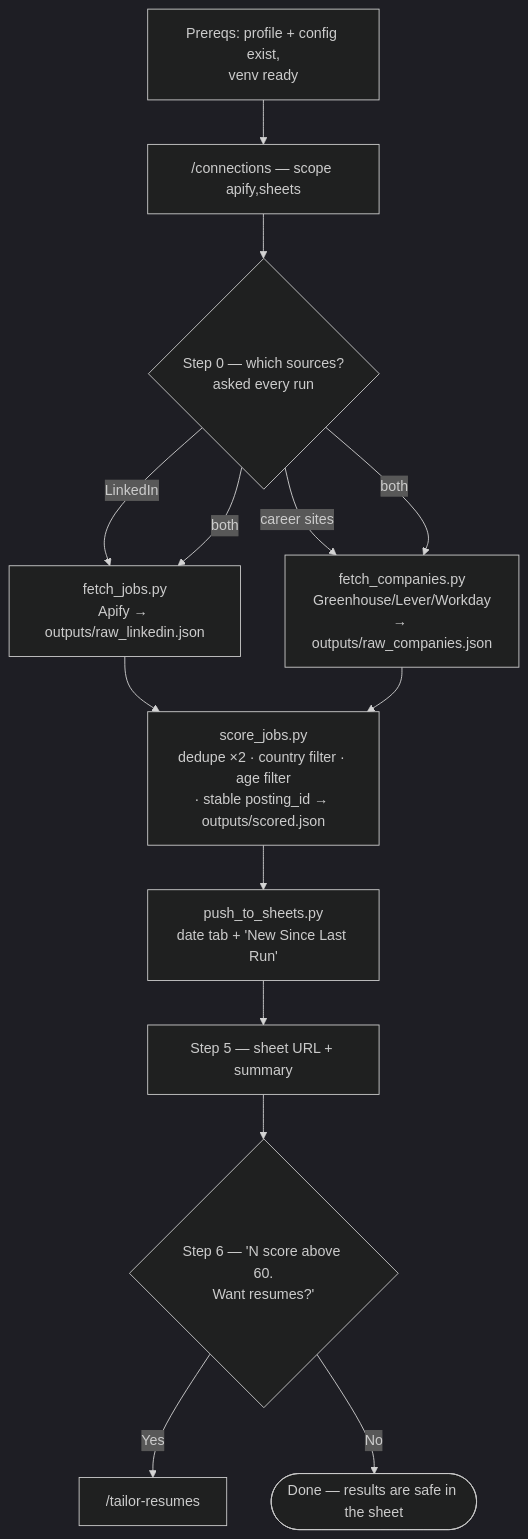
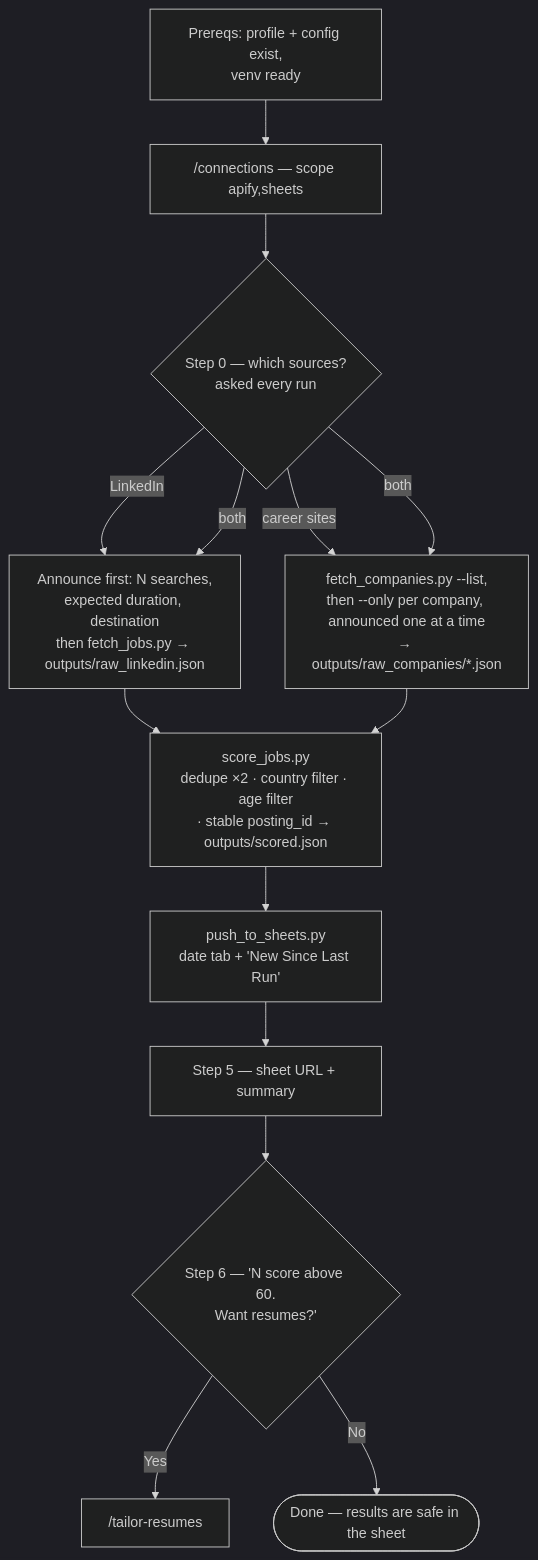
The fifth of 9 diagrams in docs/architecture.md (SahilGogna/job-search-os), drawn with Mermaid (dark theme) before and after one commit. The commit also changed other lines of this file and 17 other files, not shown here.

````diff
--- a/docs/architecture.md
+++ b/docs/architecture.md
@@ -111,16 +141,16 @@
 ```mermaid
 flowchart TD
     PRE["Prereqs: profile + config exist,<br/>venv ready"] --> CON["/connections — scope apify,sheets"]
     CON --> S0{"Step 0 — which sources?<br/>asked every run"}
     S0 -- "LinkedIn" --> F1
     S0 -- "both" --> F1
     S0 -- "career sites" --> F2
-    F1["fetch_jobs.py<br/>Apify → outputs/raw_linkedin.json"] --> SC
-    S0 -- "both" --> F2["fetch_companies.py<br/>Greenhouse/Lever/Workday<br/>→ outputs/raw_companies.json"]
+    F1["Announce first: N searches,<br/>expected duration, destination<br/>then fetch_jobs.py → outputs/raw_linkedin.json"] --> SC
+    S0 -- "both" --> F2["fetch_companies.py --list,<br/>then --only per company, announced one at a time<br/>→ outputs/raw_companies/*.json"]
     F2 --> SC["score_jobs.py<br/>dedupe ×2 · country filter · age filter<br/>· stable posting_id → outputs/scored.json"]
     SC --> PUSH["push_to_sheets.py<br/>date tab + 'New Since Last Run'"]
     PUSH --> SUM["Step 5 — sheet URL + summary"]
     SUM --> OFFER{"Step 6 — 'N score above 60.<br/>Want resumes?'"}
     OFFER -- Yes --> TR["/tailor-resumes"]
     OFFER -- No --> STOP(["Done — results are safe in the sheet"])
 ```
````
